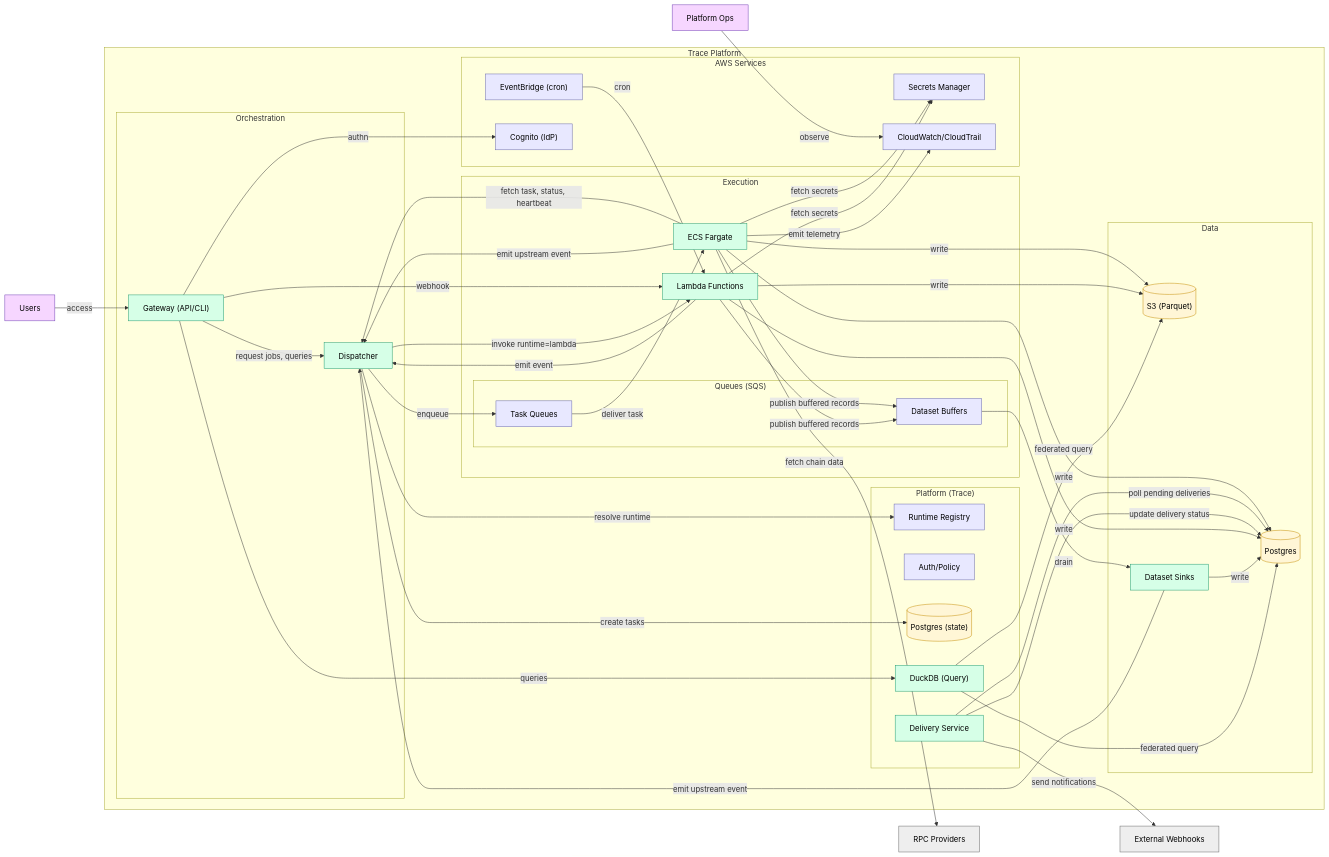
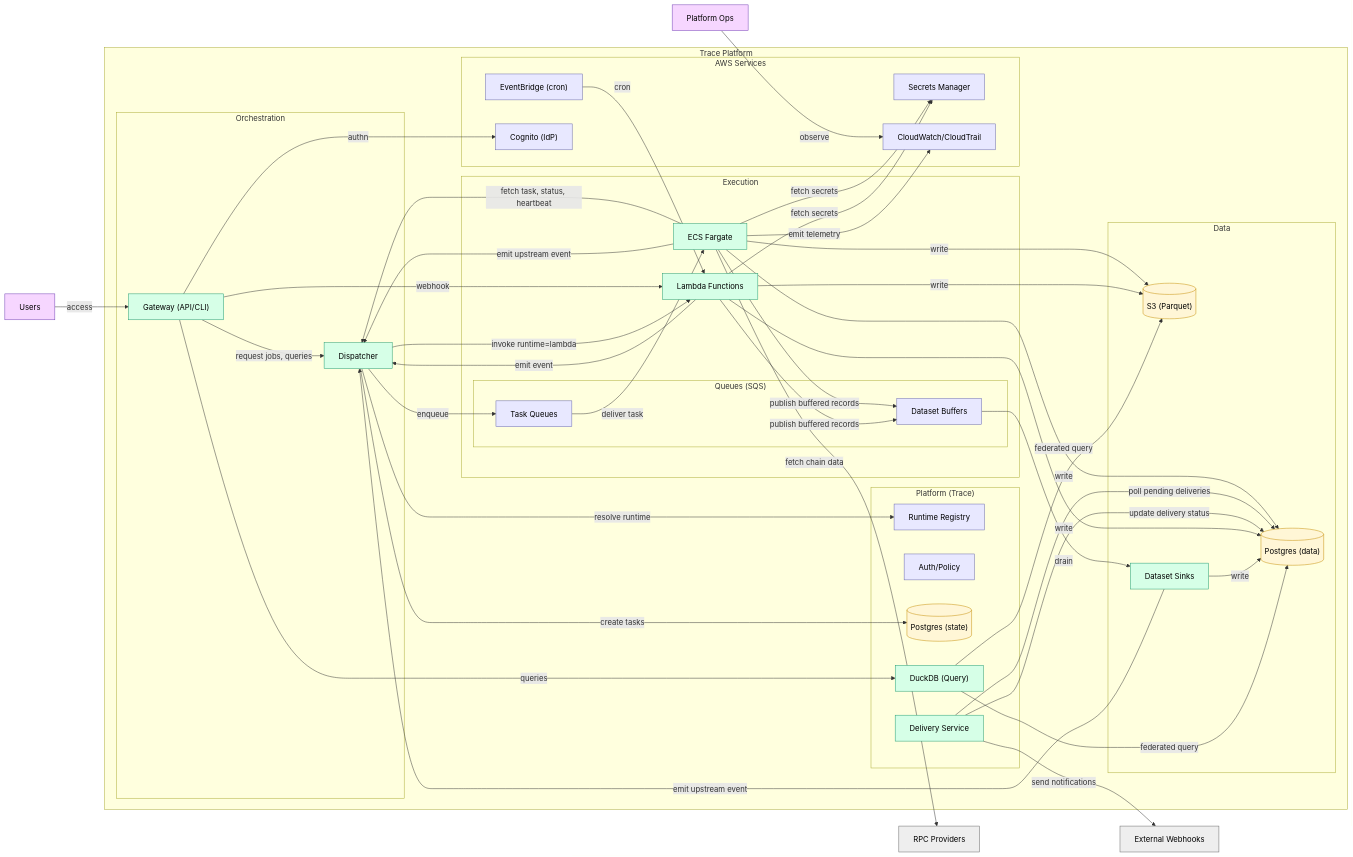
Before and after one commit to c7121/trace: the first of 2 diagrams in docs/architecture/containers/dispatcher.md, drawn with Mermaid. The commit also changed other lines of this file and 3 other files, not shown here.

```diff
--- a/docs/architecture/containers/dispatcher.md
+++ b/docs/architecture/containers/dispatcher.md
@@ -22,7 +28,7 @@
             lambda["Lambda Functions"]:::container
         end
         subgraph Data["Data"]
-            postgres[("Postgres")]:::database
+            postgres_data[("Postgres (data)")]:::database
             s3[("S3 (Parquet)")]:::database
             sinks["Dataset Sinks"]:::container
         end
@@ -63,7 +69,7 @@
     task_sqs -->|deliver task| ecs_workers
     
     ecs_workers -->|fetch task, status, heartbeat| dispatcher
-    ecs_workers -->|write| postgres
+    ecs_workers -->|write| postgres_data
     ecs_workers -->|write| s3
     ecs_workers -->|publish buffered records| buffers
     ecs_workers -->|fetch secrets| platformSec
@@ -71,20 +77,20 @@
     ecs_workers -->|emit telemetry| platformObs
     ecs_workers -->|emit upstream event| dispatcher
 
-    delivery -->|poll pending deliveries| postgres
+    delivery -->|poll pending deliveries| postgres_data
     delivery -->|send notifications| webhooks
-    delivery -->|update delivery status| postgres
+    delivery -->|update delivery status| postgres_data
 
-    lambda -->|write| postgres
+    lambda -->|write| postgres_data
     lambda -->|write| s3
     lambda -->|publish buffered records| buffers
     lambda -->|fetch secrets| platformSec
 
     buffers -->|drain| sinks
-    sinks -->|write| postgres
+    sinks -->|write| postgres_data
     sinks -->|emit upstream event| dispatcher
     
-    duckdb -->|federated query| postgres
+    duckdb -->|federated query| postgres_data
     duckdb -->|federated query| s3
 
     classDef person fill:#f6d6ff,stroke:#6f3fb3,color:#000;
```
